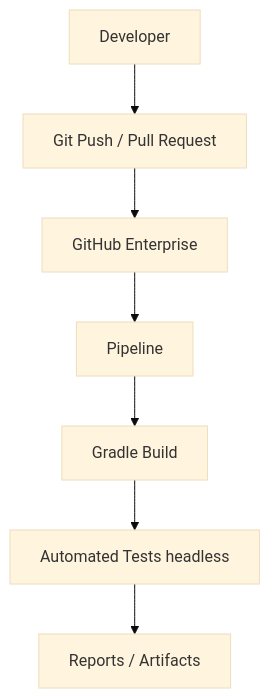
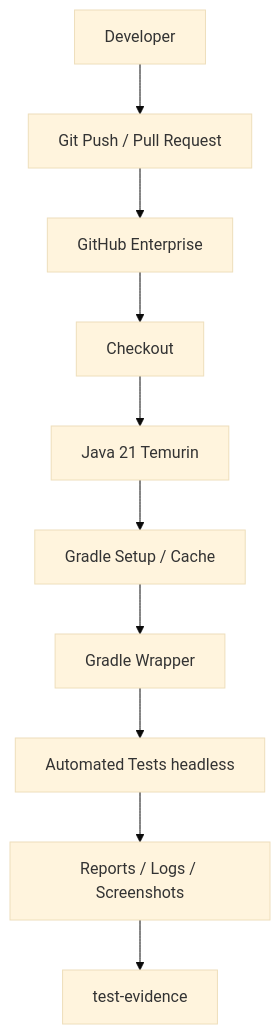
The fourth of 4 diagrams in docs/GUIA_USO_TEMPLATE_AUTOMATIZACION.md (IsraelBaz-coder/selenium-java-cucumber-automation-template), drawn with Mermaid (base theme) before and after one commit. The commit also changed other lines of this file and 5 other files, not shown here.

```diff
--- a/docs/GUIA_USO_TEMPLATE_AUTOMATIZACION.md
+++ b/docs/GUIA_USO_TEMPLATE_AUTOMATIZACION.md
@@ -296,9 +296,12 @@
 ~~~mermaid
 flowchart TD
   DEV[Developer] --> PUSH[Git Push / Pull Request]
   PUSH --> GHE[GitHub Enterprise]
-  GHE --> PIPE[Pipeline]
-  PIPE --> BUILD[Gradle Build]
-  BUILD --> TEST[Automated Tests headless]
-  TEST --> ART[Reports / Artifacts]
+  GHE --> CHECKOUT[Checkout]
+  CHECKOUT --> JAVA[Java 21 Temurin]
+  JAVA --> CACHE[Gradle Setup / Cache]
+  CACHE --> WRAPPER[Gradle Wrapper]
+  WRAPPER --> TEST[Automated Tests headless]
+  TEST --> REPORTS[Reports / Logs / Screenshots]
+  REPORTS --> ART[test-evidence]
 ~~~
```
